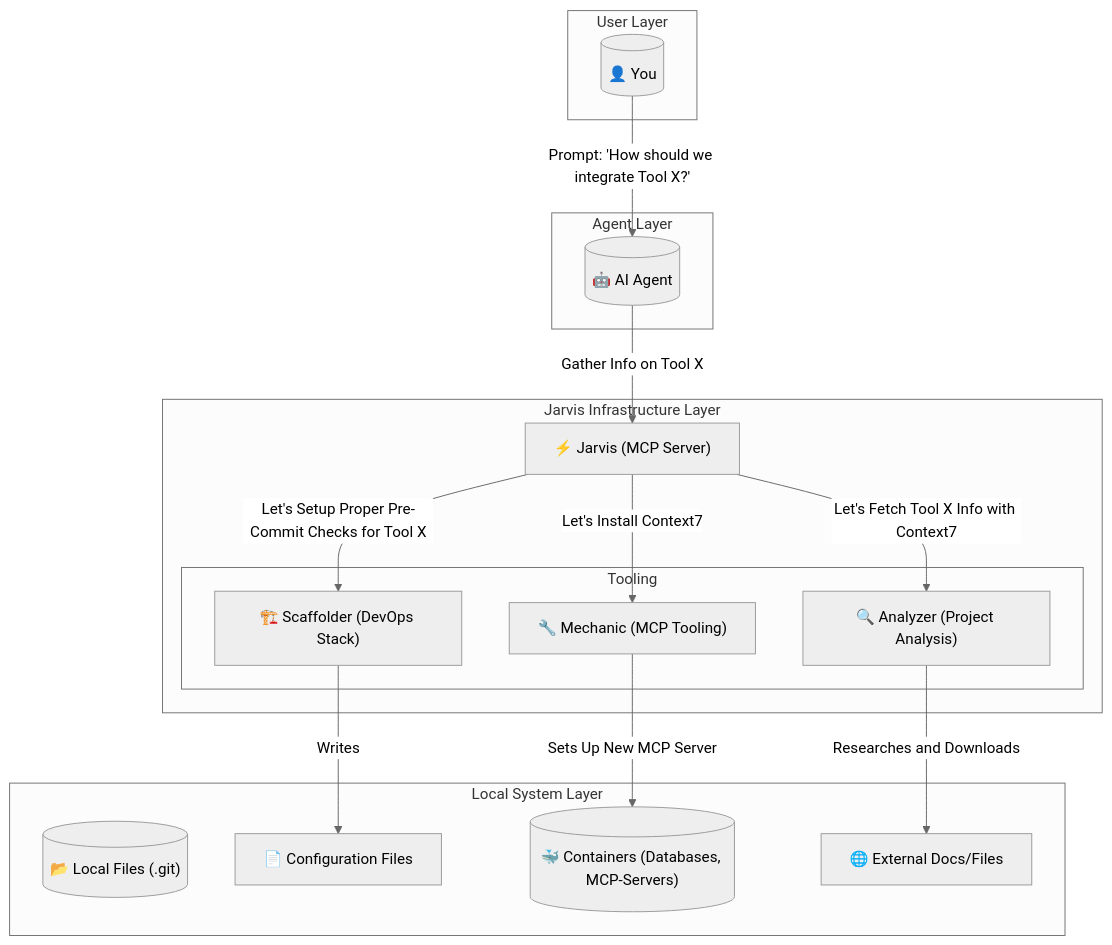
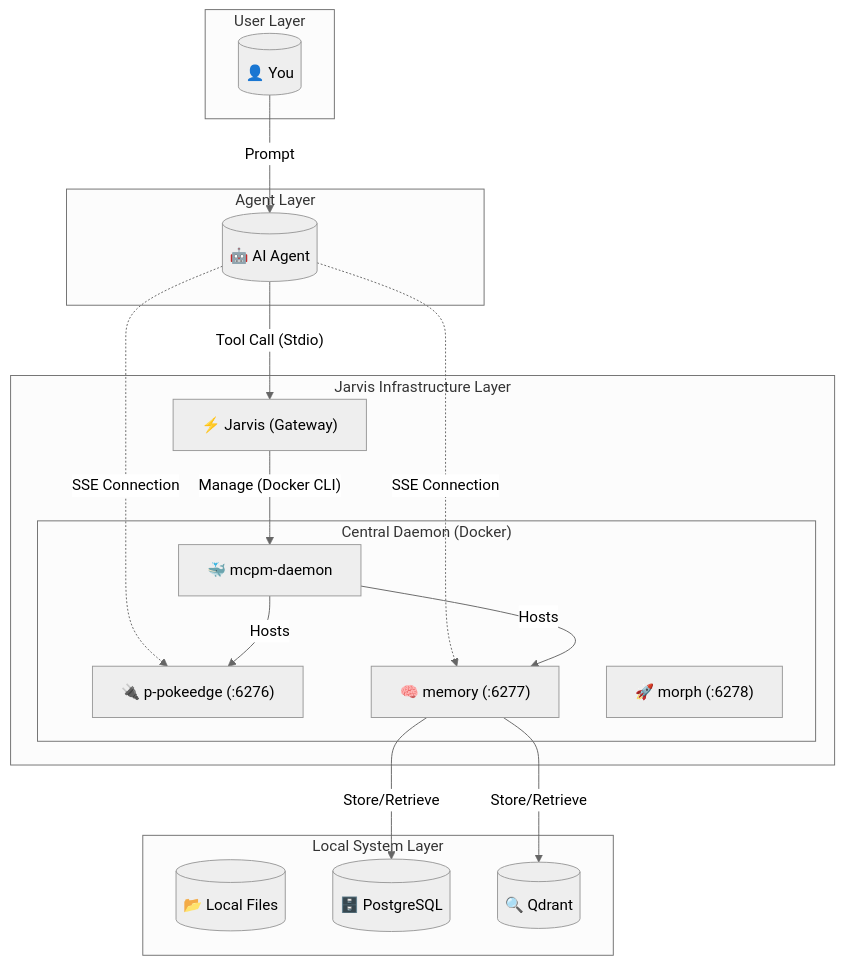
Before and after one commit to JRedeker/Jarvis-mcpm: the diagram in README.md, drawn with Mermaid (neutral theme). The commit also changed other lines of this file and 19 other files, not shown here.

Commit message:
chore: restore correct jarvis and SSE configuration

````diff
--- a/README.md
+++ b/README.md
@@ -157,40 +167,39 @@
 ```mermaid
 flowchart TD
     subgraph "User Layer"
         User[("👤 You")]
     end
 
     subgraph "Agent Layer"
         Agent[("🤖 AI Agent")]
     end
 
     subgraph "Jarvis Infrastructure Layer"
-        Jarvis["⚡ Jarvis (MCP Server)"]
+        Jarvis["⚡ Jarvis (Gateway)"]
 
-        subgraph "Tooling"
-            Analyzer["🔍 Analyzer (Project Analysis)"]
-            Scaffolder["🏗️ Scaffolder (DevOps Stack)"]
-            Mechanic["🔧 Mechanic (MCP Tooling)"]
+        subgraph "Central Daemon (Docker)"
+            Daemon["🐳 mcpm-daemon"]
+            Profile1["🔌 p-pokeedge (:6276)"]
+            Profile2["🧠 memory (:6277)"]
+            Profile3["🚀 morph (:6278)"]
         end
     end
 
     subgraph "Local System Layer"
-        Codebase[("📂 Local Files (.git)")]
-        ConfigFiles["📄 Configuration Files"]
-        Docker[("🐳 Containers (Databases, MCP-Servers)")]
-        ExternalFiles["🌐 External Docs/Files"]
+        Codebase[("📂 Local Files")]
+        DB[("🗄️ PostgreSQL")]
+        Vector[("🔍 Qdrant")]
     end
 
-    User -->|Prompt: 'How should we integrate Tool X?'| Agent
-    Agent -->|"Gather Info on Tool X"| Jarvis
+    User -->|Prompt| Agent
+    Agent -->|"Tool Call (Stdio)"| Jarvis
+    Agent -.->|"SSE Connection"| Profile1
+    Agent -.->|"SSE Connection"| Profile2
 
-    Jarvis -->|"Let's Install Context7"| Mechanic
-    Jarvis -->|"Let's Fetch Tool X Info with Context7"| Analyzer
-    Jarvis -->|"Let's Setup Proper Pre-Commit Checks for Tool X"| Scaffolder
+    Jarvis -->|"Manage (Docker CLI)"| Daemon
+    Daemon -->|Hosts| Profile1
+    Daemon -->|Hosts| Profile2
 
-
-    Mechanic -->|Sets Up New MCP Server| Docker
-    Scaffolder -->|Writes| ConfigFiles
-    Analyzer -->|Researches and Downloads| ExternalFiles
-
+    Profile2 -->|Store/Retrieve| DB
+    Profile2 -->|Store/Retrieve| Vector
 ```
````
